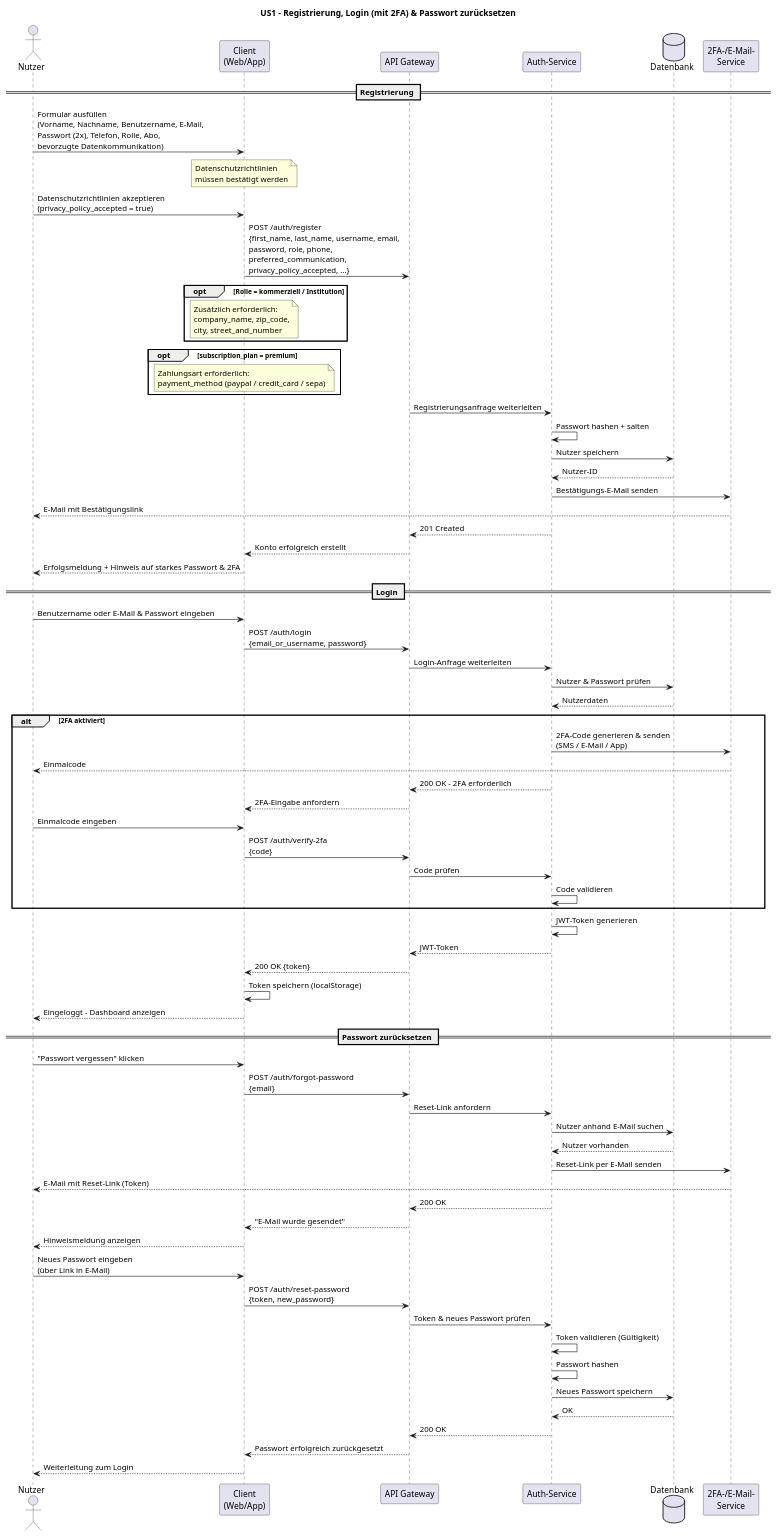
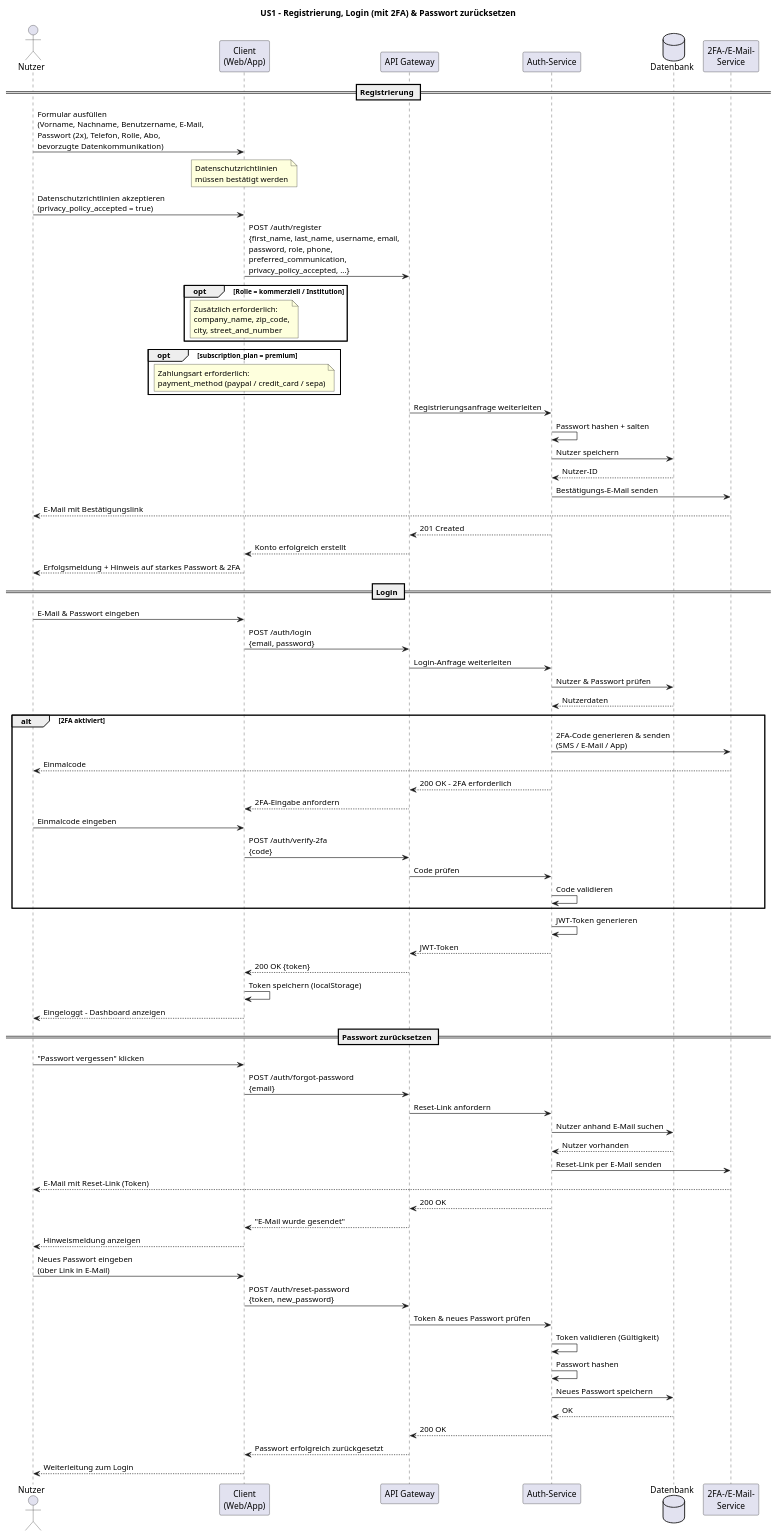
The diagram in Sequenzdiagramme/SD_US1_Registrierung_Login.puml (Malte-W-Schule/Software-Technick-2026-Sem03), drawn with PlantUML before and after one commit. The commit also changed 8 other files, not shown here.

Commit message:
Refactor Risikoanalyse UML Diagramme

```diff
--- a/Sequenzdiagramme/SD_US1_Registrierung_Login.puml
+++ b/Sequenzdiagramme/SD_US1_Registrierung_Login.puml
@@ -1,88 +1,88 @@
 @startuml SD_US1_Registrierung_Login
 title US1 – Registrierung, Login (mit 2FA) & Passwort zurücksetzen
 
 actor "Nutzer" as User
 participant "Client\n(Web/App)" as Client
 participant "API Gateway" as API
 participant "Auth-Service" as Auth
 database "Datenbank" as DB
 participant "2FA-/E-Mail-\nService" as TFA
 
 == Registrierung ==
 
 User -> Client : Formular ausfüllen\n(Vorname, Nachname, Benutzername, E-Mail,\nPasswort (2x), Telefon, Rolle, Abo,\nbevorzugte Datenkommunikation)
 
 note over Client : Datenschutzrichtlinien\nmüssen bestätigt werden
 
 User -> Client : Datenschutzrichtlinien akzeptieren\n(privacy_policy_accepted = true)
 
 Client -> API : POST /auth/register\n{first_name, last_name, username, email,\npassword, role, phone,\npreferred_communication,\nprivacy_policy_accepted, ...}
 
 opt Rolle = kommerziell / Institution
     note over Client : Zusätzlich erforderlich:\ncompany_name, zip_code,\ncity, street_and_number
 end
 
 opt subscription_plan = premium
     note over Client : Zahlungsart erforderlich:\npayment_method (paypal / credit_card / sepa)
 end
 
 API -> Auth : Registrierungsanfrage weiterleiten
 Auth -> Auth : Passwort hashen + salten
 Auth -> DB : Nutzer speichern
 DB --> Auth : Nutzer-ID
 Auth -> TFA : Bestätigungs-E-Mail senden
 TFA --> User : E-Mail mit Bestätigungslink
 Auth --> API : 201 Created
 API --> Client : Konto erfolgreich erstellt
 Client --> User : Erfolgsmeldung + Hinweis auf starkes Passwort & 2FA
 
 == Login ==
 
-User -> Client : Benutzername oder E-Mail & Passwort eingeben
-Client -> API : POST /auth/login\n{email_or_username, password}
+User -> Client : E-Mail & Passwort eingeben
+Client -> API : POST /auth/login\n{email, password}
 API -> Auth : Login-Anfrage weiterleiten
 Auth -> DB : Nutzer & Passwort prüfen
 DB --> Auth : Nutzerdaten
 
 alt 2FA aktiviert
     Auth -> TFA : 2FA-Code generieren & senden\n(SMS / E-Mail / App)
     TFA --> User : Einmalcode
     Auth --> API : 200 OK – 2FA erforderlich
     API --> Client : 2FA-Eingabe anfordern
     User -> Client : Einmalcode eingeben
     Client -> API : POST /auth/verify-2fa\n{code}
     API -> Auth : Code prüfen
     Auth -> Auth : Code validieren
 end
 
 Auth -> Auth : JWT-Token generieren
 Auth --> API : JWT-Token
 API --> Client : 200 OK {token}
 Client -> Client : Token speichern (localStorage)
 Client --> User : Eingeloggt – Dashboard anzeigen
 
 == Passwort zurücksetzen ==
 
 User -> Client : "Passwort vergessen" klicken
 Client -> API : POST /auth/forgot-password\n{email}
 API -> Auth : Reset-Link anfordern
 Auth -> DB : Nutzer anhand E-Mail suchen
 DB --> Auth : Nutzer vorhanden
 Auth -> TFA : Reset-Link per E-Mail senden
 TFA --> User : E-Mail mit Reset-Link (Token)
 Auth --> API : 200 OK
 API --> Client : "E-Mail wurde gesendet"
 Client --> User : Hinweismeldung anzeigen
 
 User -> Client : Neues Passwort eingeben\n(über Link in E-Mail)
 Client -> API : POST /auth/reset-password\n{token, new_password}
 API -> Auth : Token & neues Passwort prüfen
 Auth -> Auth : Token validieren (Gültigkeit)
 Auth -> Auth : Passwort hashen
 Auth -> DB : Neues Passwort speichern
 DB --> Auth : OK
 Auth --> API : 200 OK
 API --> Client : Passwort erfolgreich zurückgesetzt
 Client --> User : Weiterleitung zum Login
 
 @enduml
```
